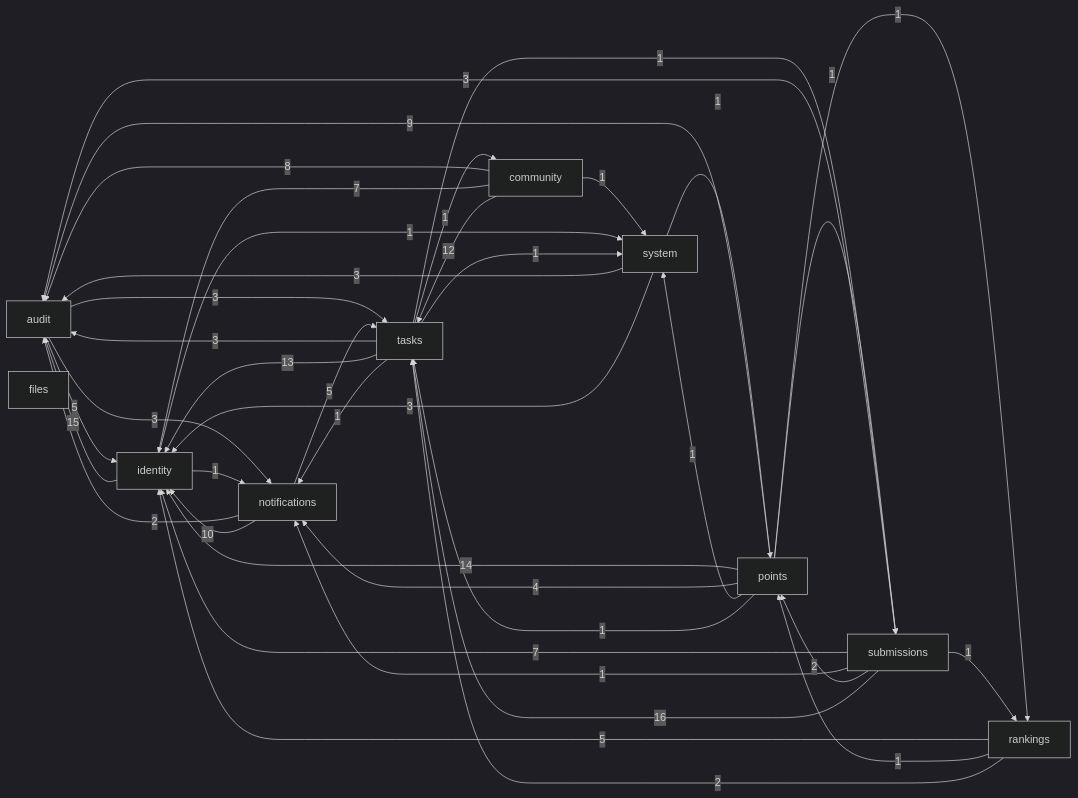
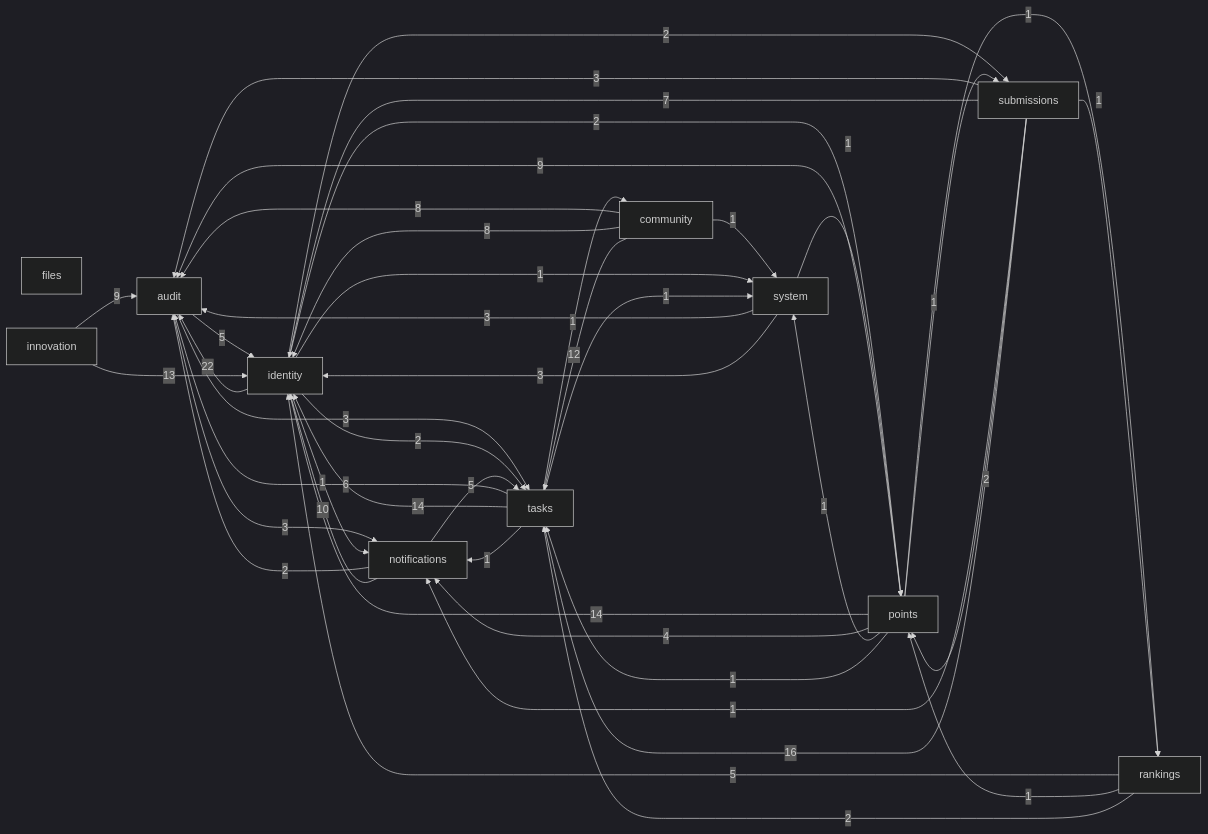
One commit to Penghuige/campus-quest changed the first of 2 diagrams in docs/architecture/as-built.md. Above: the diagram before and after it, drawn with Mermaid (dark theme). The commit also changed other lines of this file and 5 other files, not shown here.

````diff
--- a/docs/architecture/as-built.md
+++ b/docs/architecture/as-built.md
@@ -18,51 +18,56 @@
 ```mermaid
 flowchart LR
     audit[audit]
     community[community]
     files[files]
     identity[identity]
+    innovation[innovation]
     notifications[notifications]
     points[points]
     rankings[rankings]
     submissions[submissions]
     system[system]
     tasks[tasks]
     audit -->|5| identity
     audit -->|3| notifications
     audit -->|3| tasks
     community -->|8| audit
-    community -->|7| identity
+    community -->|8| identity
     community -->|1| system
     community -->|12| tasks
-    identity -->|15| audit
+    identity -->|22| audit
     identity -->|1| notifications
+    identity -->|2| points
+    identity -->|2| submissions
     identity -->|1| system
+    identity -->|2| tasks
+    innovation -->|9| audit
+    innovation -->|13| identity
     notifications -->|2| audit
     notifications -->|10| identity
     notifications -->|5| tasks
     points -->|9| audit
     points -->|14| identity
     points -->|4| notifications
     points -->|1| rankings
     points -->|1| submissions
     points -->|1| system
     points -->|1| tasks
     rankings -->|5| identity
     rankings -->|1| points
     rankings -->|2| tasks
     submissions -->|3| audit
     submissions -->|7| identity
     submissions -->|1| notifications
     submissions -->|2| points
     submissions -->|1| rankings
     submissions -->|16| tasks
     system -->|3| audit
     system -->|3| identity
     system -->|1| points
-    tasks -->|3| audit
+    tasks -->|6| audit
     tasks -->|1| community
-    tasks -->|13| identity
+    tasks -->|14| identity
     tasks -->|1| notifications
-    tasks -->|1| submissions
     tasks -->|1| system
 ```
````
